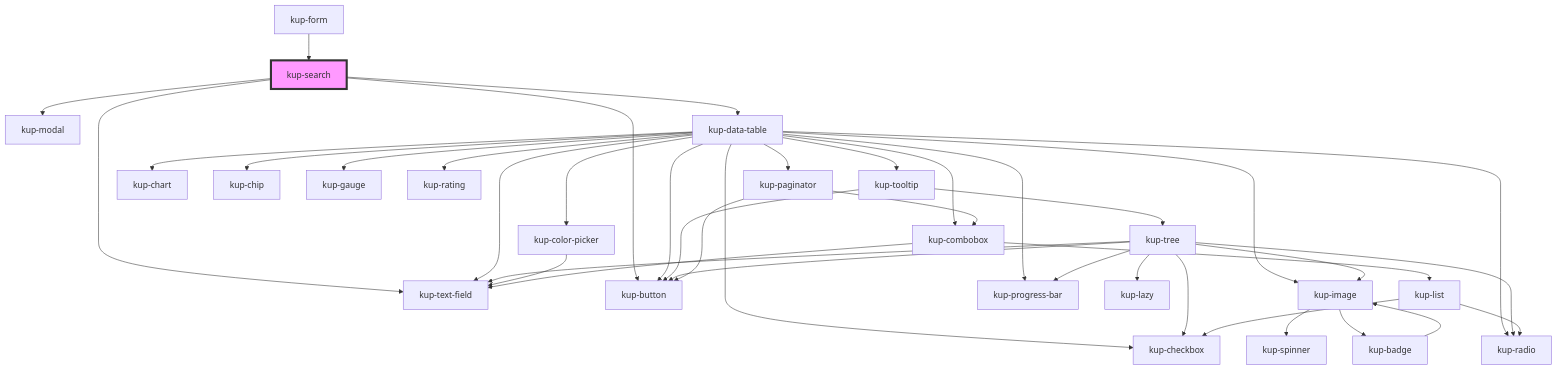
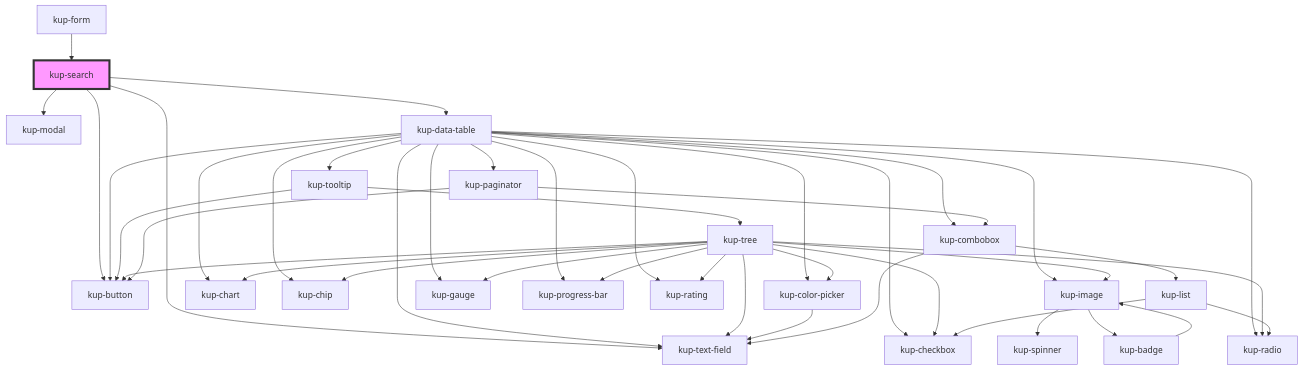
The diagram in packages/ketchup/src/components/kup-search/readme.md (smeup/ketchup), drawn with Mermaid before and after one commit. The commit also changed 17 other files, not shown here.

Commit message:
kup-data-table renderCell mirrored in kup-tree

````diff
--- a/packages/ketchup/src/components/kup-search/readme.md
+++ b/packages/ketchup/src/components/kup-search/readme.md
@@ -43,42 +43,46 @@
 ```mermaid
 graph TD;
   kup-search --> kup-text-field
   kup-search --> kup-button
   kup-search --> kup-modal
   kup-search --> kup-data-table
   kup-data-table --> kup-checkbox
   kup-data-table --> kup-button
   kup-data-table --> kup-text-field
   kup-data-table --> kup-tooltip
   kup-data-table --> kup-image
   kup-data-table --> kup-chart
   kup-data-table --> kup-chip
   kup-data-table --> kup-color-picker
   kup-data-table --> kup-gauge
   kup-data-table --> kup-progress-bar
   kup-data-table --> kup-rating
   kup-data-table --> kup-radio
   kup-data-table --> kup-paginator
   kup-data-table --> kup-combobox
   kup-tooltip --> kup-button
   kup-tooltip --> kup-tree
-  kup-tree --> kup-lazy
+  kup-tree --> kup-image
   kup-tree --> kup-button
+  kup-tree --> kup-chart
   kup-tree --> kup-checkbox
-  kup-tree --> kup-image
+  kup-tree --> kup-chip
+  kup-tree --> kup-color-picker
+  kup-tree --> kup-gauge
   kup-tree --> kup-progress-bar
+  kup-tree --> kup-rating
   kup-tree --> kup-radio
   kup-tree --> kup-text-field
   kup-image --> kup-spinner
   kup-image --> kup-badge
   kup-badge --> kup-image
   kup-color-picker --> kup-text-field
   kup-paginator --> kup-button
   kup-paginator --> kup-combobox
   kup-combobox --> kup-text-field
   kup-combobox --> kup-list
   kup-list --> kup-radio
   kup-list --> kup-checkbox
   kup-form --> kup-search
   style kup-search fill:#f9f,stroke:#333,stroke-width:4px
 ```
````
